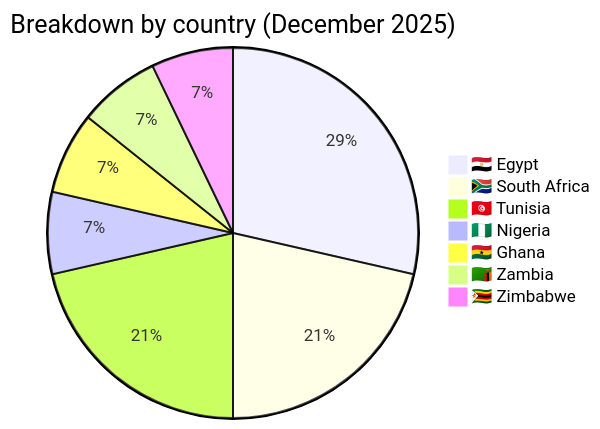
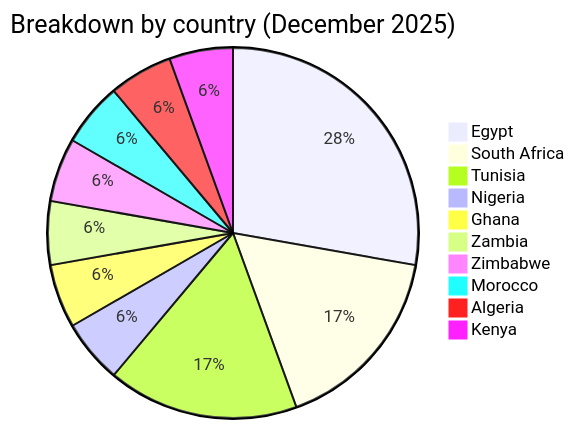
Before and after one commit to Hatchepsoute/AFRINTEL: the second of 3 diagrams in CyberAttackAfrica/2025/12-december/README.md, drawn with Mermaid. The commit also changed other lines of this file and 255 other files, not shown here.

````diff
--- a/CyberAttackAfrica/2025/12-december/README.md
+++ b/CyberAttackAfrica/2025/12-december/README.md
@@ -80,10 +96,13 @@
 ```mermaid
 pie title Breakdown by country (December 2025)
-    "🇪🇬 Egypt" : 4
-    "🇿🇦 South Africa" : 3
-    "🇹🇳 Tunisia" : 3
-    "🇳🇬 Nigeria" : 1
-    "🇬🇭 Ghana" : 1
-    "🇿🇲 Zambia" : 1
-    "🇿🇼 Zimbabwe" : 1
+    "Egypt" : 5
+    "South Africa" : 3
+    "Tunisia" : 3
+    "Nigeria" : 1
+    "Ghana" : 1
+    "Zambia" : 1
+    "Zimbabwe" : 1
+    "Morocco" : 1
+    "Algeria" : 1
+    "Kenya" : 1
 ```
````
